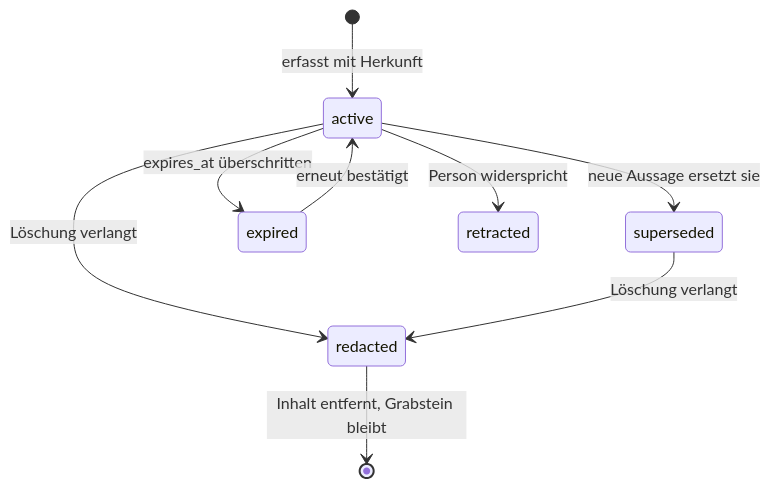
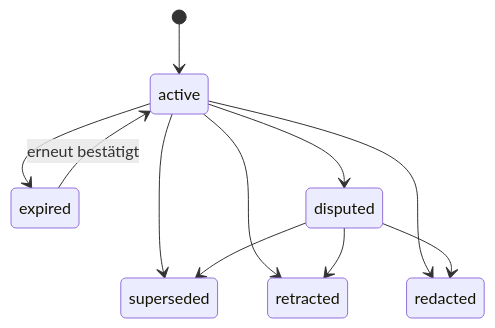
One commit to Icarus-health/Icarus changed the diagram in docs/02-selbstmodell.md. Above: the diagram before and after it, drawn with Mermaid. The commit also changed other lines of this file, not shown here.

Commit message:
Selbstmodell-Dokument auf Schema 0.2 aktualisieren

````diff
--- a/docs/02-selbstmodell.md
+++ b/docs/02-selbstmodell.md
@@ -51,11 +80,13 @@
 ```mermaid
 stateDiagram-v2
-    [*] --> active: erfasst mit Herkunft
-    active --> superseded: neue Aussage ersetzt sie
-    active --> expired: expires_at überschritten
-    active --> retracted: Person widerspricht
-    active --> redacted: Löschung verlangt
-    superseded --> redacted: Löschung verlangt
+    [*] --> active
+    active --> superseded
+    active --> expired
+    active --> disputed
+    active --> retracted
+    active --> redacted
+    disputed --> superseded
+    disputed --> retracted
+    disputed --> redacted
     expired --> active: erneut bestätigt
-    redacted --> [*]: Inhalt entfernt, Grabstein bleibt
 ```
````
